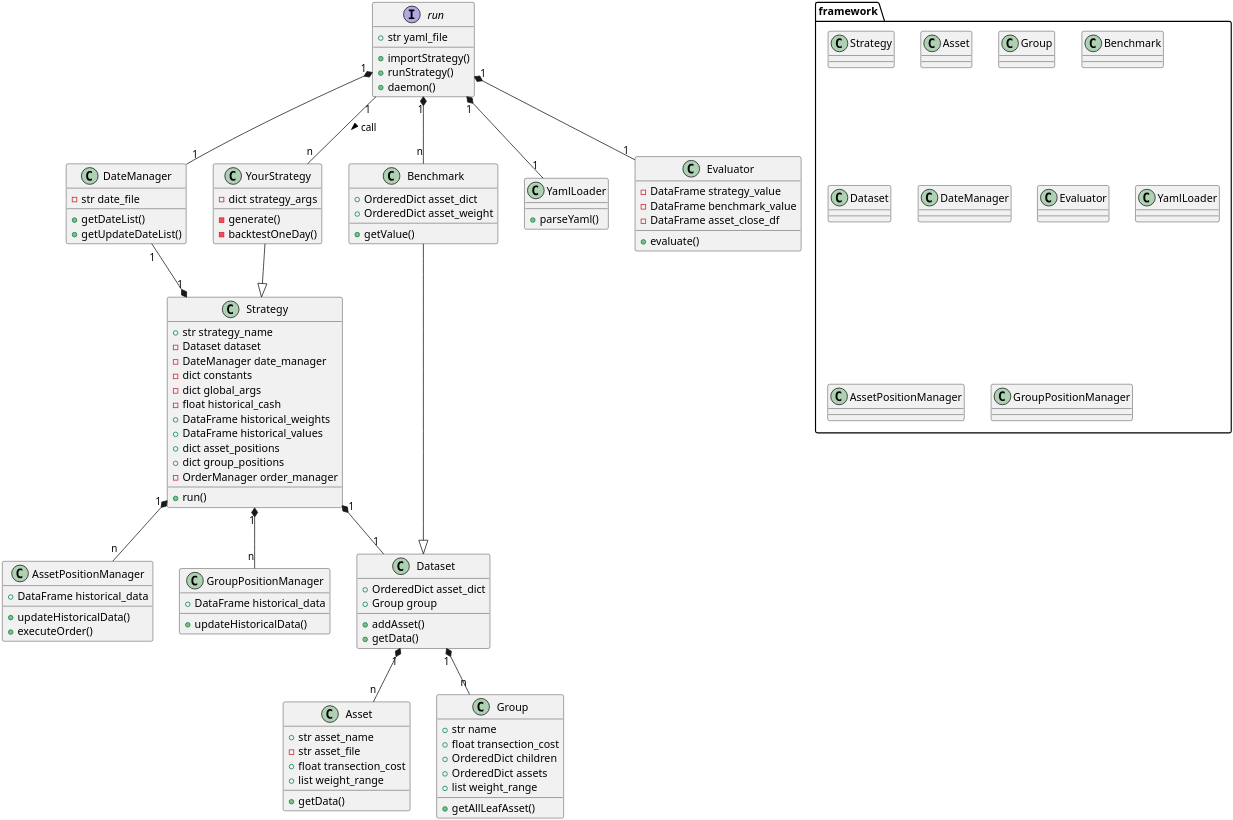
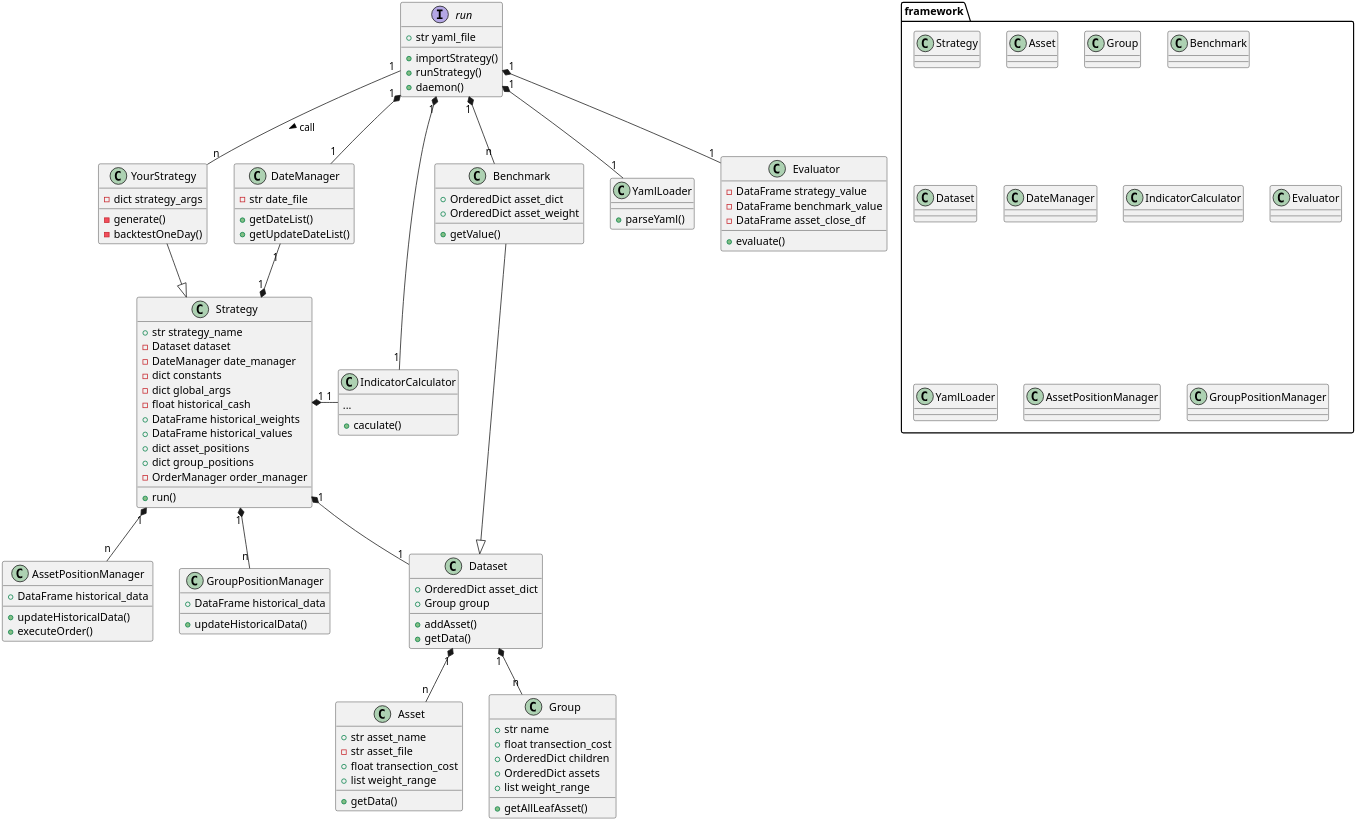
Before and after one commit to yuansicheng/quantitative_strategy_framework: the diagram in design/class.wsd, drawn with PlantUML. The commit also changed 10 other files, not shown here.

Commit message:
update IndicatorCalculator

```diff
--- a/design/class.wsd
+++ b/design/class.wsd
@@ -1,124 +1,133 @@
 @startuml
 scale 8192*8192
 
 Interface run
 class YourStrategy
 
 package framework{
     class Strategy
     class Asset 
     class Group
     class Benchmark
     class Dataset 
-    class DateManager 
+    class DateManager
+    class IndicatorCalculator 
     class Evaluator
     class YamlLoader
     class AssetPositionManager
     class GroupPositionManager
 }
 
 Interface run{
     + str yaml_file
     + importStrategy()
     + runStrategy()
     + daemon()
 } 
 
 class YourStrategy{
     - dict strategy_args
     - generate()
     - backtestOneDay()
 }
 
 class Strategy{
     + str strategy_name
     - Dataset dataset
     - DateManager date_manager
     - dict constants
     - dict global_args
     - float historical_cash
     + DataFrame historical_weights
     + DataFrame historical_values
     + dict asset_positions
     + dict group_positions
     - OrderManager order_manager
     + run()
 }
 
 class DateManager{
     - str date_file
     + getDateList()
     + getUpdateDateList()
+}
+
+class IndicatorCalculator{
+    + caculate()
+    ...
 }
 
 class Asset{
     + str asset_name
     - str asset_file
     + float transection_cost
     + list weight_range
     + getData()
 }
 
 class Group{
     + str name
     + float transection_cost
     + OrderedDict children
     + OrderedDict assets
     + list weight_range
     + getAllLeafAsset()
 }
 
 class Dataset{
     + OrderedDict asset_dict
     + Group group
     + addAsset()
     + getData()
 }
 
 class Benchmark{
     + OrderedDict asset_dict
     + OrderedDict asset_weight
     + getValue()
 }
 
 class YamlLoader{
     + parseYaml()
 }
 
 class Evaluator{
     - DataFrame strategy_value
     - DataFrame benchmark_value
     - DataFrame asset_close_df
     + evaluate()
 }
 
 
 class AssetPositionManager{
     + DataFrame historical_data
     + updateHistoricalData()
     + executeOrder()
 }
 
 class GroupPositionManager{
     + DataFrame historical_data
     + updateHistoricalData()
 }
 
 run "1" -- "n" YourStrategy : call >
 run  "1" *-- "n" Benchmark
 run  "1" *-- "1" Evaluator
 run  "1" *-- "1" YamlLoader
 
 YourStrategy --|> Strategy
 Strategy  "1" *-- "1" Dataset
 Strategy  "1" *-- "n" AssetPositionManager
 Strategy  "1" *-- "n" GroupPositionManager
 run  "1" *-- "1" DateManager
 Strategy  "1" *-left- "1" DateManager
 
+run  "1" *-- "1" IndicatorCalculator
+Strategy  "1" *-right- "1" IndicatorCalculator
+
 Dataset  "1" *-- "n" Asset
 Dataset  "1" *-- "n" Group
 Benchmark  --|> Dataset
 
 
 @enduml
```
